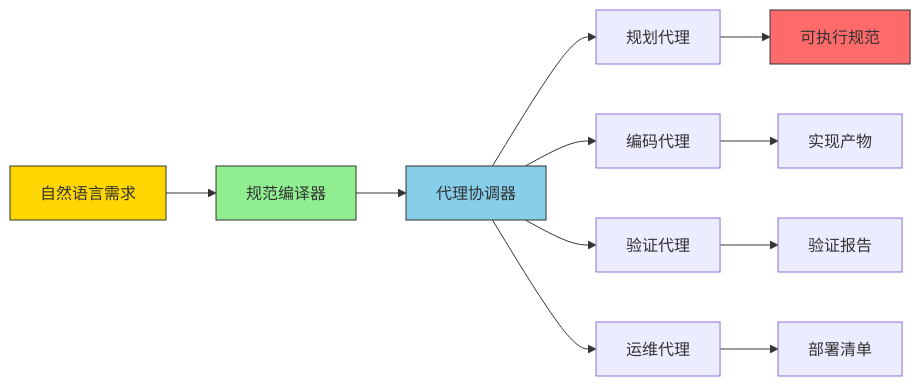
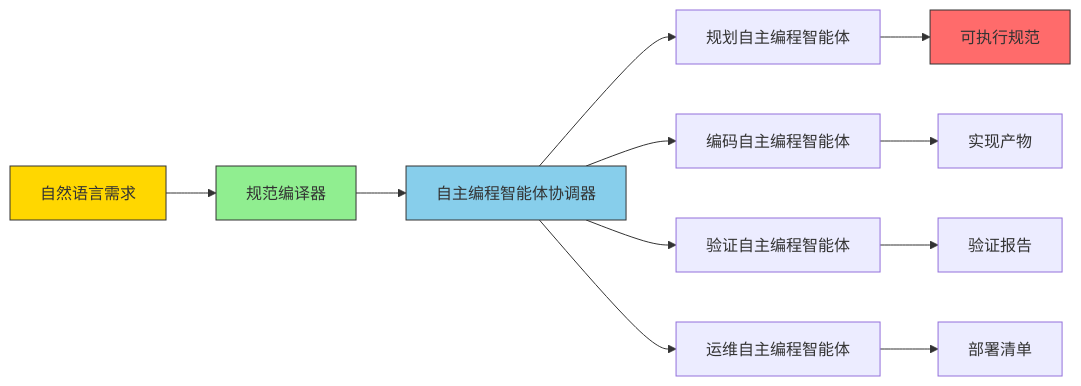
One commit to ouyangshixiong/context-engineering-zh changed the first of 10 diagrams in README.md. Above: the diagram before and after it, drawn with Mermaid. The commit also changed other lines of this file and 6 other files, not shown here.

````diff
--- a/README.md
+++ b/README.md
@@ -38,18 +37,18 @@
 ```mermaid
 graph LR
     A[自然语言需求] --> B[规范编译器]
-    B --> C[代理协调器]
-    C --> D[规划代理]
-    C --> E[编码代理]
-    C --> F[验证代理]
-    C --> G[运维代理]
+    B --> C[自主编程智能体协调器]
+    C --> D[规划自主编程智能体]
+    C --> E[编码自主编程智能体]
+    C --> F[验证自主编程智能体]
+    C --> G[运维自主编程智能体]
     D --> H[可执行规范]
     E --> I[实现产物]
     F --> J[验证报告]
     G --> K[部署清单]
     
     style A fill:#FFD700,stroke:#333
     style B fill:#90EE90,stroke:#333
     style C fill:#87CEEB,stroke:#333
     style H fill:#FF6B6B,stroke:#333
 ```
````
